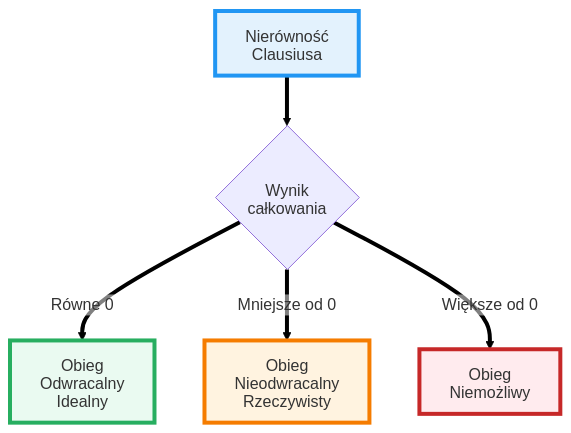
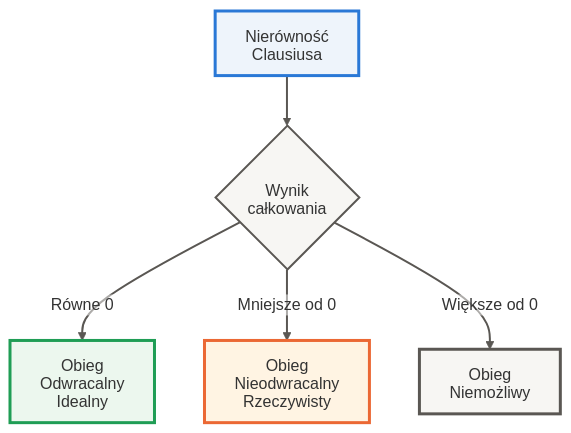
One commit to moondec/Termodynamika changed the diagram in Wyklady/07_II_Zasada_2.qmd. Above: the diagram before and after it, drawn with Mermaid. The commit also changed other lines of this file and 229 other files, not shown here.

````diff
--- a/Wyklady/07_II_Zasada_2.qmd
+++ b/Wyklady/07_II_Zasada_2.qmd
@@ -92,15 +92,16 @@
 ```{mermaid}
-%%{init: {'theme': 'default', 'flowchart': {'htmlLabels': false, 'wrappingWidth': 400, 'subGraphTitleMargin': {'top': 6, 'bottom': 16}}, 'themeVariables': {'fontSize': '16px', 'fontFamily': 'Arial, Helvetica, sans-serif', 'primaryColor': '#ffffff', 'edgeLabelBackground': '#ffffff', 'tertiaryColor': '#fff0f0'}, 'htmlLabels': false}}%%
+%%{init: {'theme': 'default', 'flowchart': {'htmlLabels': false, 'wrappingWidth': 400, 'subGraphTitleMargin': {'top': 6, 'bottom': 16}}, 'themeVariables': {'fontSize': '16px', 'fontFamily': 'Arial, Helvetica, sans-serif', 'primaryColor': '#ffffff', 'edgeLabelBackground': '#ffffff', 'tertiaryColor': '#f7f6f3'}, 'htmlLabels': false}}%%
 graph TD
     A[Nierówność<br>Clausiusa] --> B{Wynik<br>całkowania}
     B -- "Równe 0" --> C[Obieg<br>Odwracalny<br>Idealny]
     B -- "Mniejsze od 0" --> D[Obieg<br>Nieodwracalny<br>Rzeczywisty]
     B -- "Większe od 0" --> E[Obieg<br>Niemożliwy]
 
-    style A fill:#e3f2fd,stroke:#2196f3,stroke-width:4px
-    style C fill:#eafaf1,stroke:#27ae60,stroke-width:4px
-    style D fill:#fff3e0,stroke:#f57c00,stroke-width:4px
-    style E fill:#ffebee,stroke:#c62828,stroke-width:4px
-    
-    linkStyle 0,1,2,3 stroke-width:4px,fill:none,stroke:black
+    style A fill:#eef4fb,stroke:#2a78d6,stroke-width:3px
+    style B fill:#f7f6f3,stroke:#5a5753,stroke-width:2px
+    style C fill:#ecf7ee,stroke:#1f9d55,stroke-width:3px
+    style D fill:#fff4e3,stroke:#eb6834,stroke-width:3px
+    style E fill:#f7f6f3,stroke:#5a5753,stroke-width:3px
+
+    linkStyle 0,1,2,3 stroke-width:2px,fill:none,stroke:#5a5753
 ```
````
